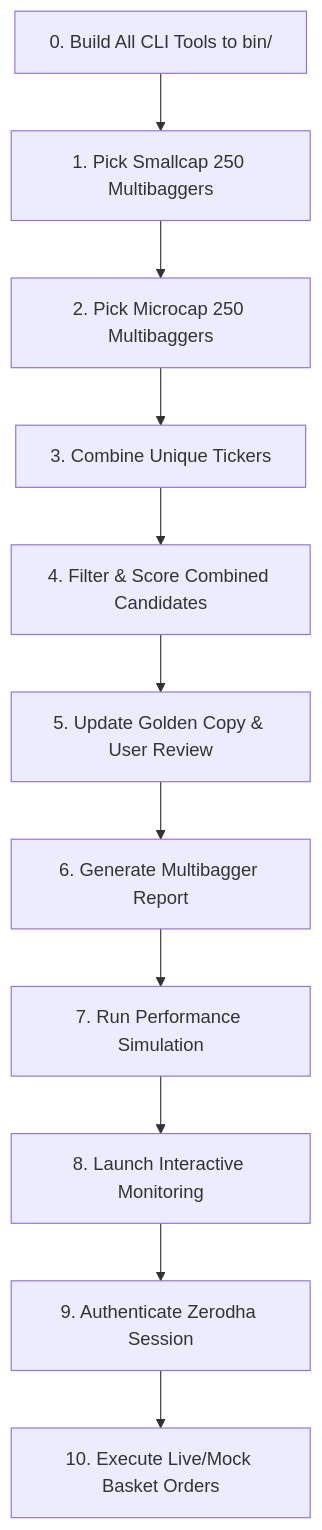
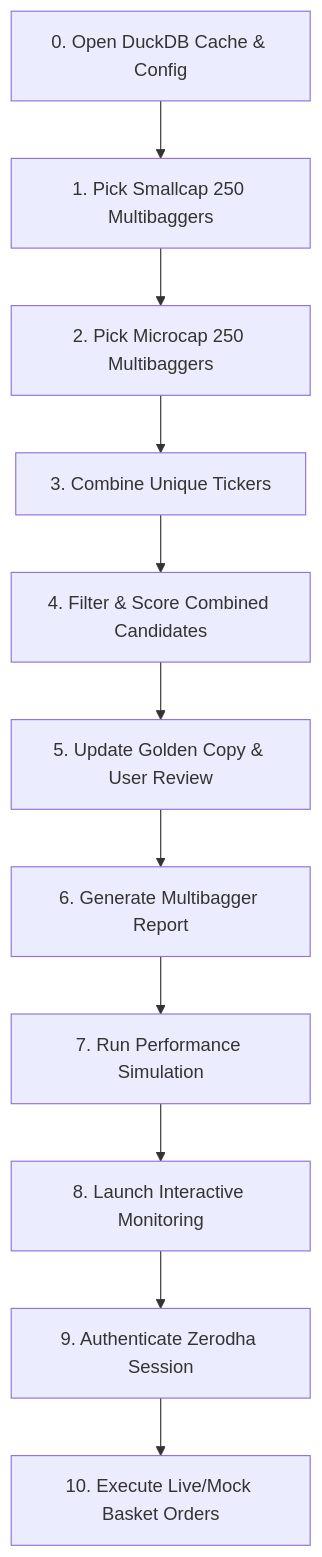
The diagram in docs/pipeline.md (raghavkgarg/mycase), drawn with Mermaid before and after one commit. The commit also changed other lines of this file and 30 other files, not shown here.

````diff
--- a/docs/pipeline.md
+++ b/docs/pipeline.md
@@ -9,13 +9,13 @@
 ```mermaid
 graph TD
-    BUILD[0. Build All CLI Tools to bin/] --> A[1. Pick Smallcap 250 Multibaggers]
+    BUILD[0. Open DuckDB Cache & Config] --> A[1. Pick Smallcap 250 Multibaggers]
     A --> B[2. Pick Microcap 250 Multibaggers]
     B --> C[3. Combine Unique Tickers]
     C --> D[4. Filter & Score Combined Candidates]
     D --> E[5. Update Golden Copy & User Review]
     E --> F[6. Generate Multibagger Report]
     F --> G[7. Run Performance Simulation]
     G --> H[8. Launch Interactive Monitoring]
     H --> I[9. Authenticate Zerodha Session]
     I --> J[10. Execute Live/Mock Basket Orders]
 ```
````
